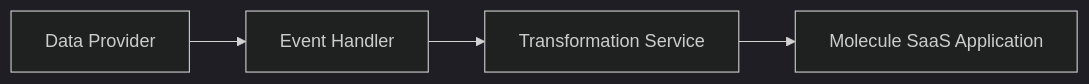
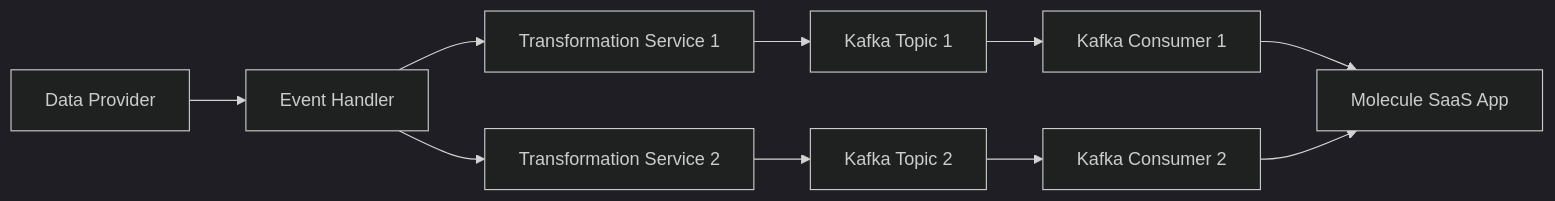
Before and after one commit to pksurferdad/knative-microservices: the third of 3 diagrams in README.md, drawn with Mermaid (dark theme). The commit also changed other lines of this file and 8 other files, not shown here.

````diff
--- a/README.md
+++ b/README.md
@@ -852,6 +1063,12 @@
 ```mermaid
 graph LR
     A[Data Provider] --> B[Event Handler]
-    B --> C[Transformation Service]
-    C --> D[Molecule SaaS Application]
+    B --> C[Transformation Service 1]
+    B --> D[Transformation Service 2]
+    C --> E[Kafka Topic 1]
+    D --> F[Kafka Topic 2]
+    E --> G[Kafka Consumer 1]
+    F --> H[Kafka Consumer 2]
+    G --> I[Molecule SaaS App]
+    H --> I[Molecule SaaS App]
 ```
````
